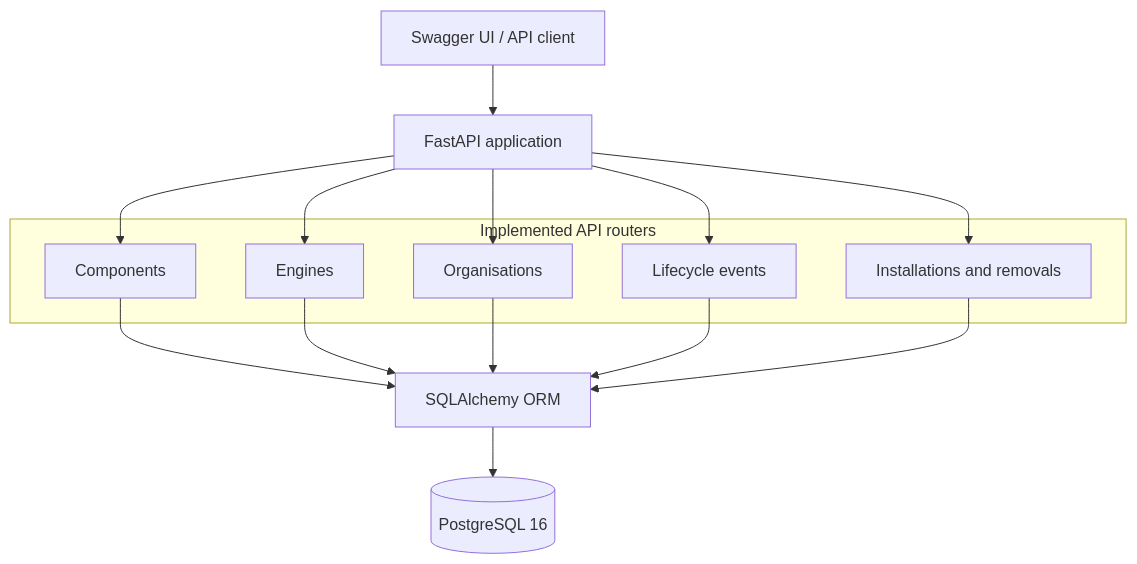
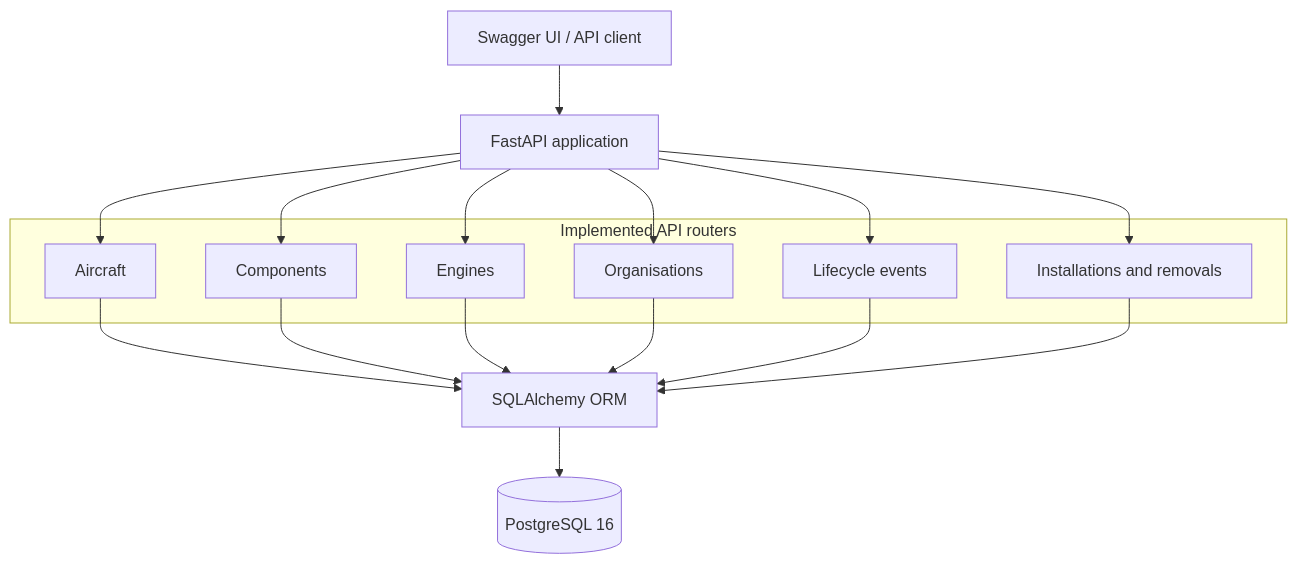
The second of 4 diagrams in README.md (krista9669/aerotrace), drawn with Mermaid before and after one commit. The commit also changed other lines of this file and 4 other files, not shown here.

````diff
--- a/README.md
+++ b/README.md
@@ -286,22 +310,25 @@
 ```mermaid
 flowchart TB
     Client["Swagger UI / API client"] --> API["FastAPI application"]
     subgraph Routers["Implemented API routers"]
+        Aircraft["Aircraft"]
         Components["Components"]
         Engines["Engines"]
         Organisations["Organisations"]
         Events["Lifecycle events"]
         Installations["Installations and removals"]
     end
+    API --> Aircraft
     API --> Components
     API --> Engines
     API --> Organisations
     API --> Events
     API --> Installations
-    Components --> ORM["SQLAlchemy ORM"]
+    Aircraft --> ORM["SQLAlchemy ORM"]
+    Components --> ORM
     Engines --> ORM
     Organisations --> ORM
     Events --> ORM
     Installations --> ORM
     ORM --> DB[("PostgreSQL 16")]
 ```
````
